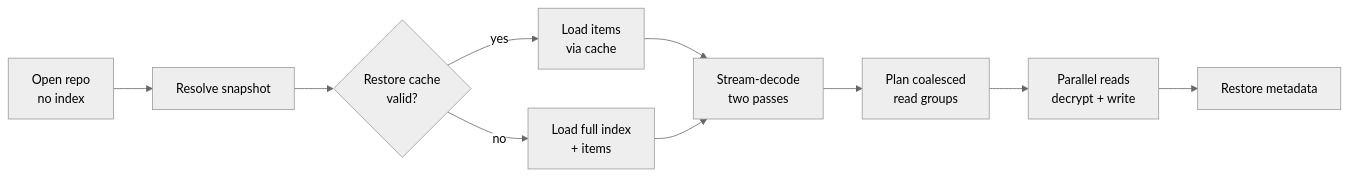
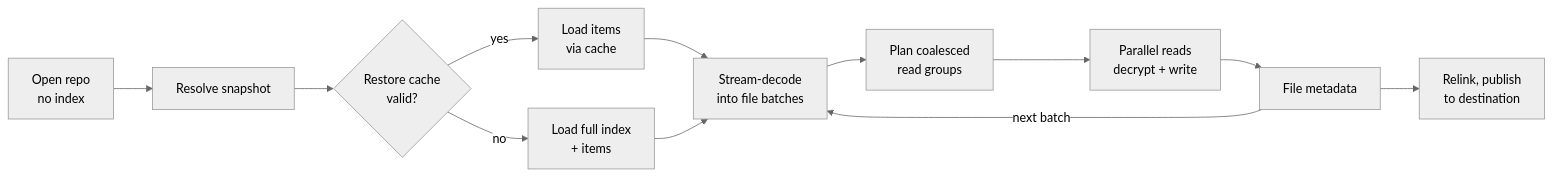
One commit to borgbase/vykar changed the fourth of 7 diagrams in docs/src/architecture.md. Above: the diagram before and after it, drawn with Mermaid (neutral theme). The commit also changed other lines of this file and 21 other files, not shown here.

````diff
--- a/docs/src/architecture.md
+++ b/docs/src/architecture.md
@@ -558,12 +558,14 @@
 ```mermaid
 flowchart LR
     open["Open repo<br/>no index"] --> resolve["Resolve snapshot"]
     resolve --> cache{"Restore cache<br/>valid?"}
     cache -- yes --> items1["Load items<br/>via cache"]
     cache -- no --> items2["Load full index<br/>+ items"]
-    items1 --> decode["Stream-decode<br/>two passes"]
+    items1 --> decode["Stream-decode<br/>into file batches"]
     items2 --> decode
     decode --> plan["Plan coalesced<br/>read groups"]
     plan --> read["Parallel reads<br/>decrypt + write"]
-    read --> meta["Restore metadata"]
+    read --> meta["File metadata"]
+    meta -- next batch --> decode
+    meta --> publish["Relink, publish<br/>to destination"]
 ```
````
